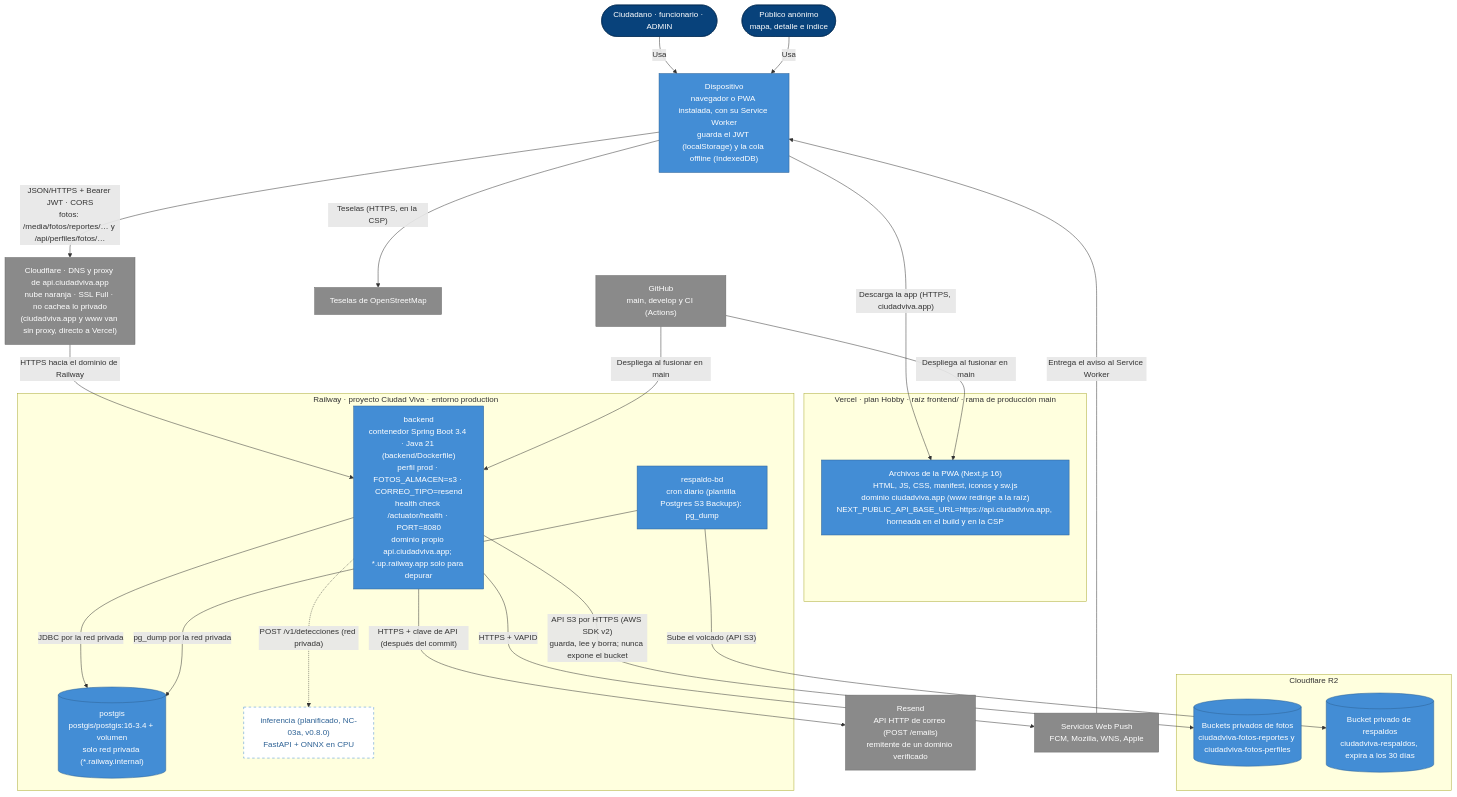
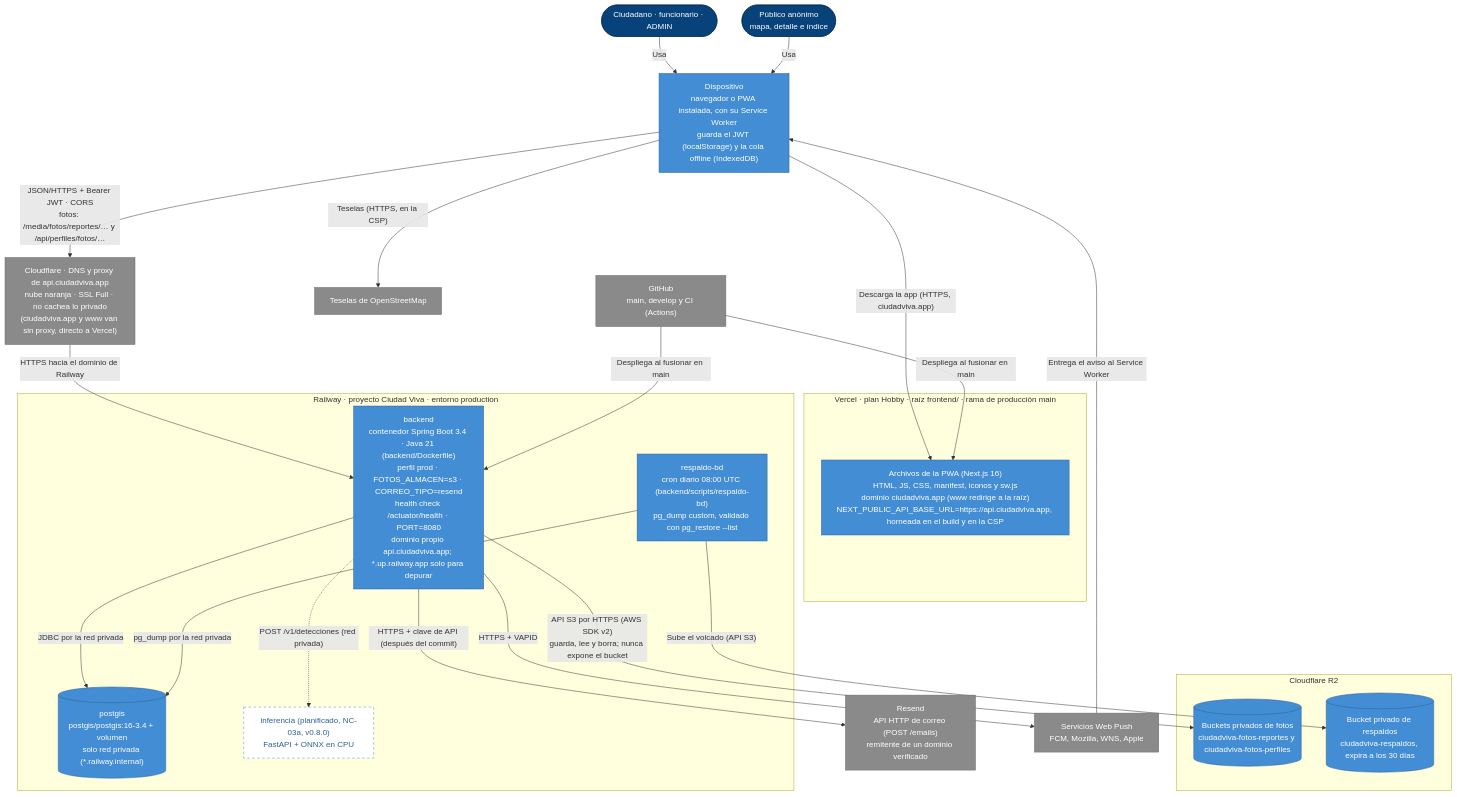
Before and after one commit to TP202620041/tesis: the diagram in docs/arquitectura/c4-despliegue.md, drawn with Mermaid. The commit also changed 9 other files, not shown here.

First line of the commit message:
Hotfix v0.7.2: respaldo diario de la base con un script propio (respaldo-bd) y registro del primer despliegue

````diff
--- a/docs/arquitectura/c4-despliegue.md
+++ b/docs/arquitectura/c4-despliegue.md
@@ -5,56 +5,56 @@
 ```mermaid
 flowchart TB
   persona(["Ciudadano · funcionario · ADMIN"])
   publico(["Público anónimo<br/>mapa, detalle e índice"])
 
   dispositivo["Dispositivo<br/>navegador o PWA instalada, con su Service Worker<br/>guarda el JWT (localStorage) y la cola offline (IndexedDB)"]
 
   subgraph vercel["Vercel · plan Hobby · raíz frontend/ · rama de producción main"]
     pwa["Archivos de la PWA (Next.js 16)<br/>HTML, JS, CSS, manifest, iconos y sw.js<br/>dominio ciudadviva.app (www redirige a la raíz)<br/>NEXT_PUBLIC_API_BASE_URL=https://api.ciudadviva.app, horneada en el build y en la CSP"]
   end
 
   proxy["Cloudflare · DNS y proxy de api.ciudadviva.app<br/>nube naranja · SSL Full · no cachea lo privado<br/>(ciudadviva.app y www van sin proxy, directo a Vercel)"]
 
   subgraph railway["Railway · proyecto Ciudad Viva · entorno production"]
     api["backend<br/>contenedor Spring Boot 3.4 · Java 21 (backend/Dockerfile)<br/>perfil prod · FOTOS_ALMACEN=s3 · CORREO_TIPO=resend<br/>health check /actuator/health · PORT=8080<br/>dominio propio api.ciudadviva.app; *.up.railway.app solo para depurar"]
     db[("postgis<br/>postgis/postgis:16-3.4 + volumen<br/>solo red privada (*.railway.internal)")]
-    respaldo["respaldo-bd<br/>cron diario (plantilla Postgres S3 Backups): pg_dump"]
+    respaldo["respaldo-bd<br/>cron diario 08:00 UTC (backend/scripts/respaldo-bd)<br/>pg_dump custom, validado con pg_restore --list"]
     inferencia["inferencia (planificado, NC-03a, v0.8.0)<br/>FastAPI + ONNX en CPU"]
   end
 
   subgraph cloudflare["Cloudflare R2"]
     fotos[("Buckets privados de fotos<br/>ciudadviva-fotos-reportes y ciudadviva-fotos-perfiles")]
     copias[("Bucket privado de respaldos<br/>ciudadviva-respaldos, expira a los 30 días")]
   end
 
   correo["Resend<br/>API HTTP de correo (POST /emails)<br/>remitente de un dominio verificado"]
   push["Servicios Web Push<br/>FCM, Mozilla, WNS, Apple"]
   osm["Teselas de OpenStreetMap"]
   github["GitHub<br/>main, develop y CI (Actions)"]
 
   persona -->|"Usa"| dispositivo
   publico -->|"Usa"| dispositivo
   dispositivo -->|"Descarga la app (HTTPS, ciudadviva.app)"| pwa
   dispositivo -->|"JSON/HTTPS + Bearer JWT · CORS<br/>fotos: /media/fotos/reportes/… y /api/perfiles/fotos/…"| proxy
   proxy -->|"HTTPS hacia el dominio de Railway"| api
   dispositivo -->|"Teselas (HTTPS, en la CSP)"| osm
   api -->|"JDBC por la red privada"| db
   api -->|"API S3 por HTTPS (AWS SDK v2)<br/>guarda, lee y borra; nunca expone el bucket"| fotos
   api -->|"HTTPS + clave de API (después del commit)"| correo
   api -->|"HTTPS + VAPID"| push
   push -->|"Entrega el aviso al Service Worker"| dispositivo
   api -.->|"POST /v1/detecciones (red privada)"| inferencia
   respaldo -->|"pg_dump por la red privada"| db
   respaldo -->|"Sube el volcado (API S3)"| copias
   github -->|"Despliega al fusionar en main"| pwa
   github -->|"Despliega al fusionar en main"| api
 
   classDef persona fill:#08427b,stroke:#052e56,color:#ffffff
   classDef contenedor fill:#438dd5,stroke:#2e6295,color:#ffffff
   classDef externo fill:#8a8a8a,stroke:#6b6b6b,color:#ffffff
   classDef planificado fill:#ffffff,stroke:#438dd5,stroke-dasharray:5 5,color:#2e6295
   class persona,publico persona
   class dispositivo,pwa,api,db,respaldo,fotos,copias contenedor
   class correo,push,osm,github,proxy externo
   class inferencia planificado
 ```
````
